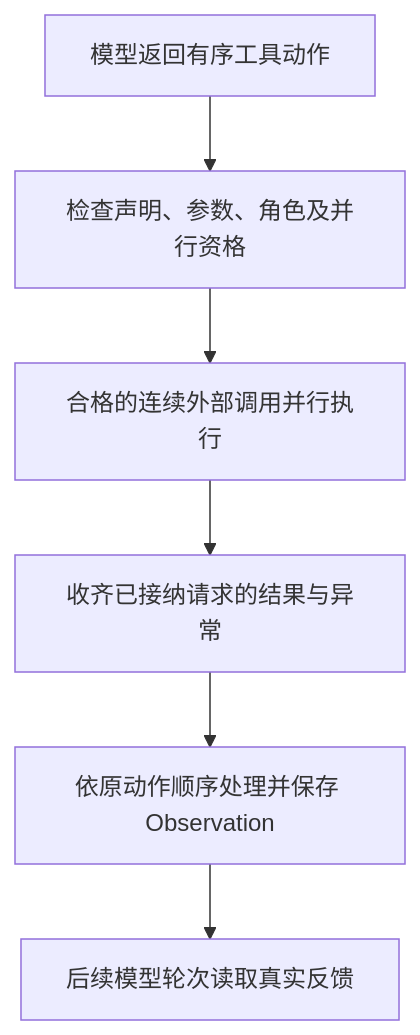
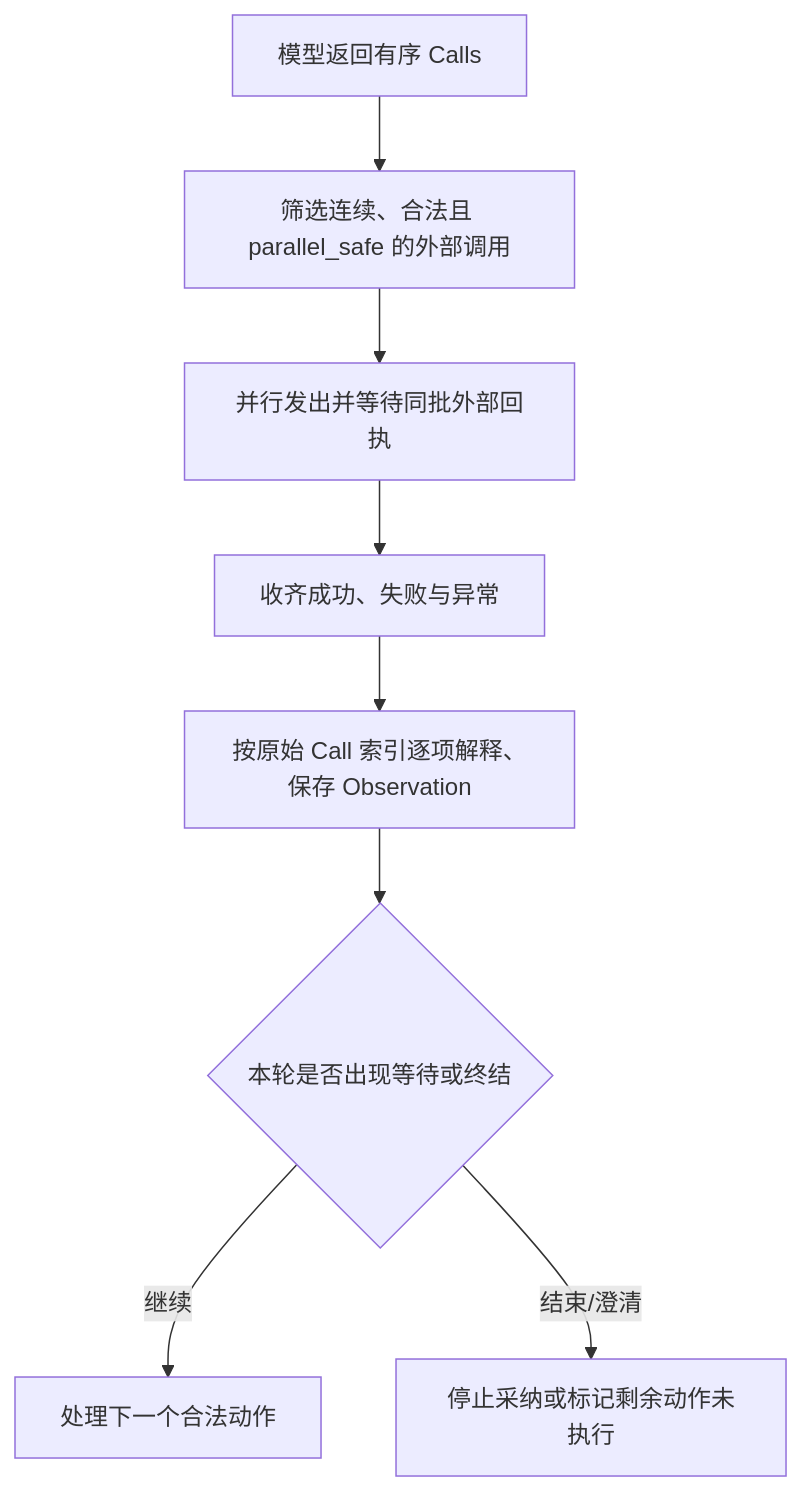
One commit to studyzhige-ui/Epivra changed the third of 4 diagrams in docs/technical-handbook/03-agent-runtime.md. Above: the diagram before and after it, drawn with Mermaid. The commit also changed other lines of this file, not shown here.

````diff
--- a/docs/technical-handbook/03-agent-runtime.md
+++ b/docs/technical-handbook/03-agent-runtime.md
@@ -110,8 +141,10 @@
 ```mermaid
 flowchart TD
-  R["模型返回有序工具动作"] --> V["检查声明、参数、角色及并行资格"]
-  V --> P["合格的连续外部调用并行执行"]
-  P --> C["收齐已接纳请求的结果与异常"]
-  C --> O["依原动作顺序处理并保存 Observation"]
-  O --> N["后续模型轮次读取真实反馈"]
+    A["模型返回有序 Calls"] --> B["筛选连续、合法且 parallel_safe 的外部调用"]
+    B --> C["并行发出并等待同批外部回执"]
+    C --> D["收齐成功、失败与异常"]
+    D --> E["按原始 Call 索引逐项解释、保存 Observation"]
+    E --> F{"本轮是否出现等待或终结"}
+    F -->|"继续"| G["处理下一个合法动作"]
+    F -->|"结束/澄清"| H["停止采纳或标记剩余动作未执行"]
 ```
````
